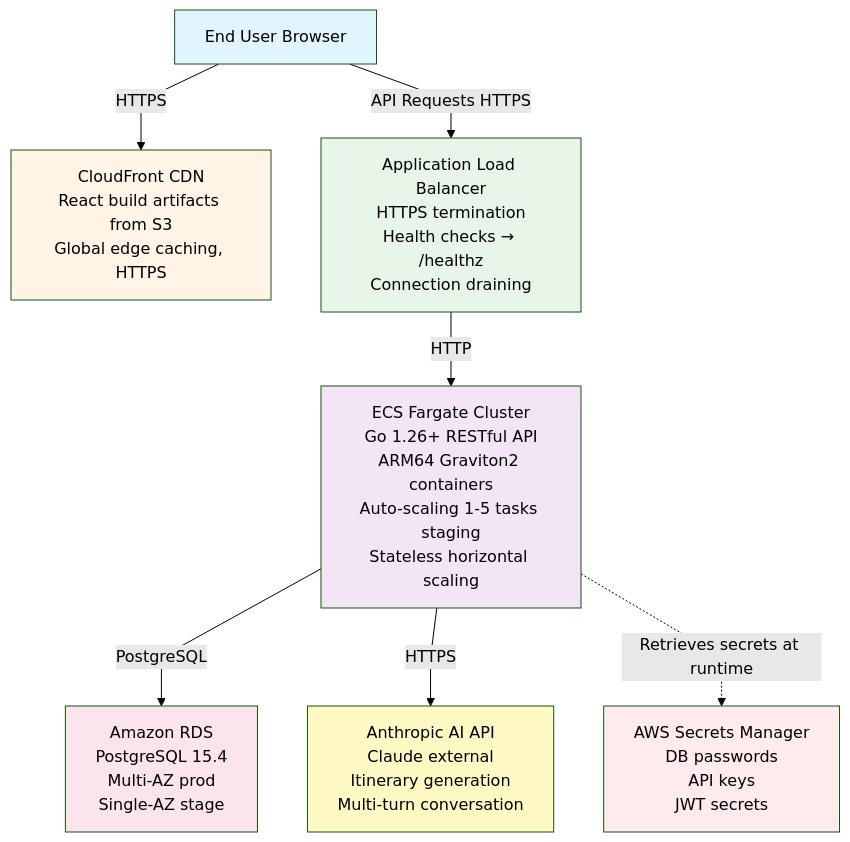
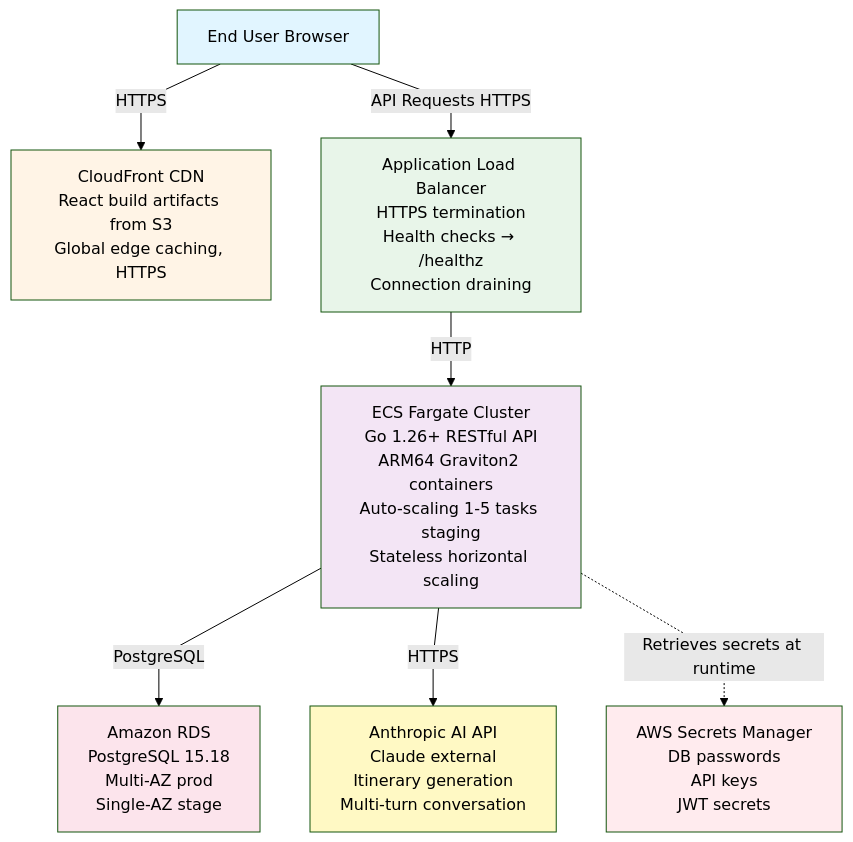
The first of 2 diagrams in docs/architecture.md (JosemaPereira/TrAIveler), drawn with Mermaid (forest theme) before and after one commit. The commit also changed other lines of this file and 11 other files, not shown here.

First line of the commit message:
chore: bump PostgreSQL to 15.18 and reconcile spec006 alignment (#216)

````diff
--- a/docs/architecture.md
+++ b/docs/architecture.md
@@ -13,26 +13,26 @@
 ```mermaid
 %%{init: {'flowchart': {'curve': 'linear'}}}%%
 graph TD
     User[End User Browser]
     CF[CloudFront CDN<br/>React build artifacts from S3<br/>Global edge caching, HTTPS]
     ALB[Application Load Balancer<br/>HTTPS termination<br/>Health checks → /healthz<br/>Connection draining]
     ECS[ECS Fargate Cluster<br/>Go 1.26+ RESTful API<br/>ARM64 Graviton2 containers<br/>Auto-scaling 1-5 tasks staging<br/>Stateless horizontal scaling]
-    RDS[Amazon RDS<br/>PostgreSQL 15.4<br/>Multi-AZ prod<br/>Single-AZ stage]
+    RDS[Amazon RDS<br/>PostgreSQL 15.18<br/>Multi-AZ prod<br/>Single-AZ stage]
     AI[Anthropic AI API<br/>Claude external<br/>Itinerary generation<br/>Multi-turn conversation]
     Secrets[AWS Secrets Manager<br/>DB passwords<br/>API keys<br/>JWT secrets]
 
     User -->|HTTPS| CF
     User -->|API Requests HTTPS| ALB
     ALB -->|HTTP| ECS
     ECS -->|PostgreSQL| RDS
     ECS -->|HTTPS| AI
     ECS -.->|Retrieves secrets at runtime| Secrets
 
     style User fill:#e1f5ff
     style CF fill:#fff4e6
     style ALB fill:#e8f5e9
     style ECS fill:#f3e5f5
     style RDS fill:#fce4ec
     style AI fill:#fff9c4
     style Secrets fill:#ffebee
 ```
````
